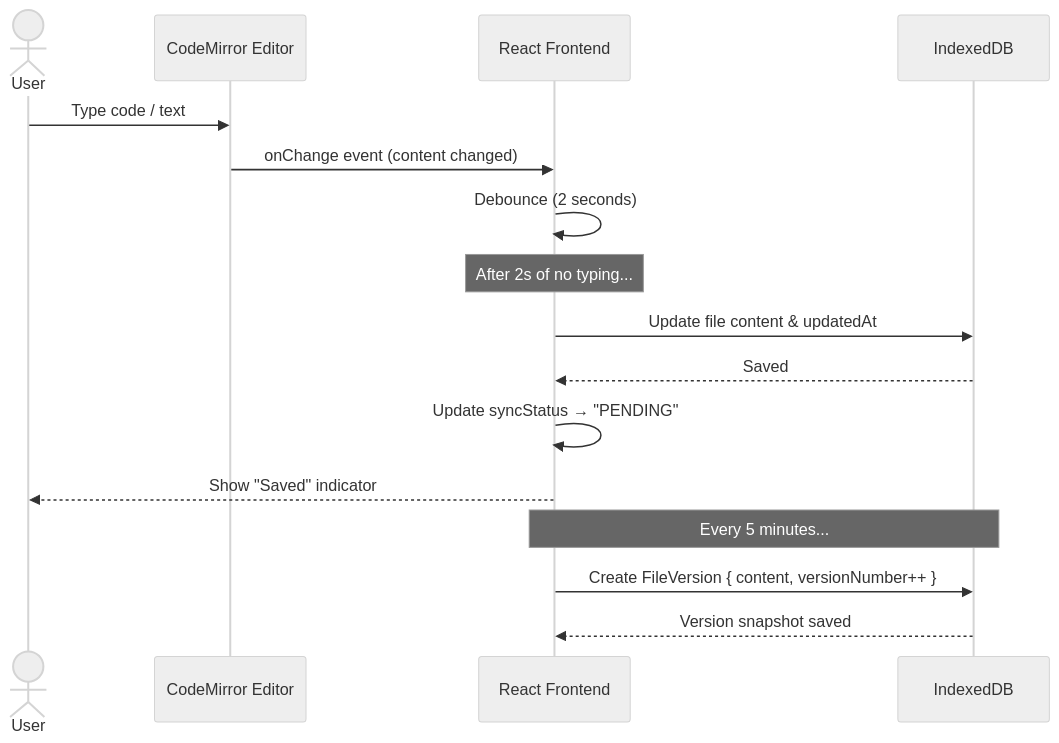
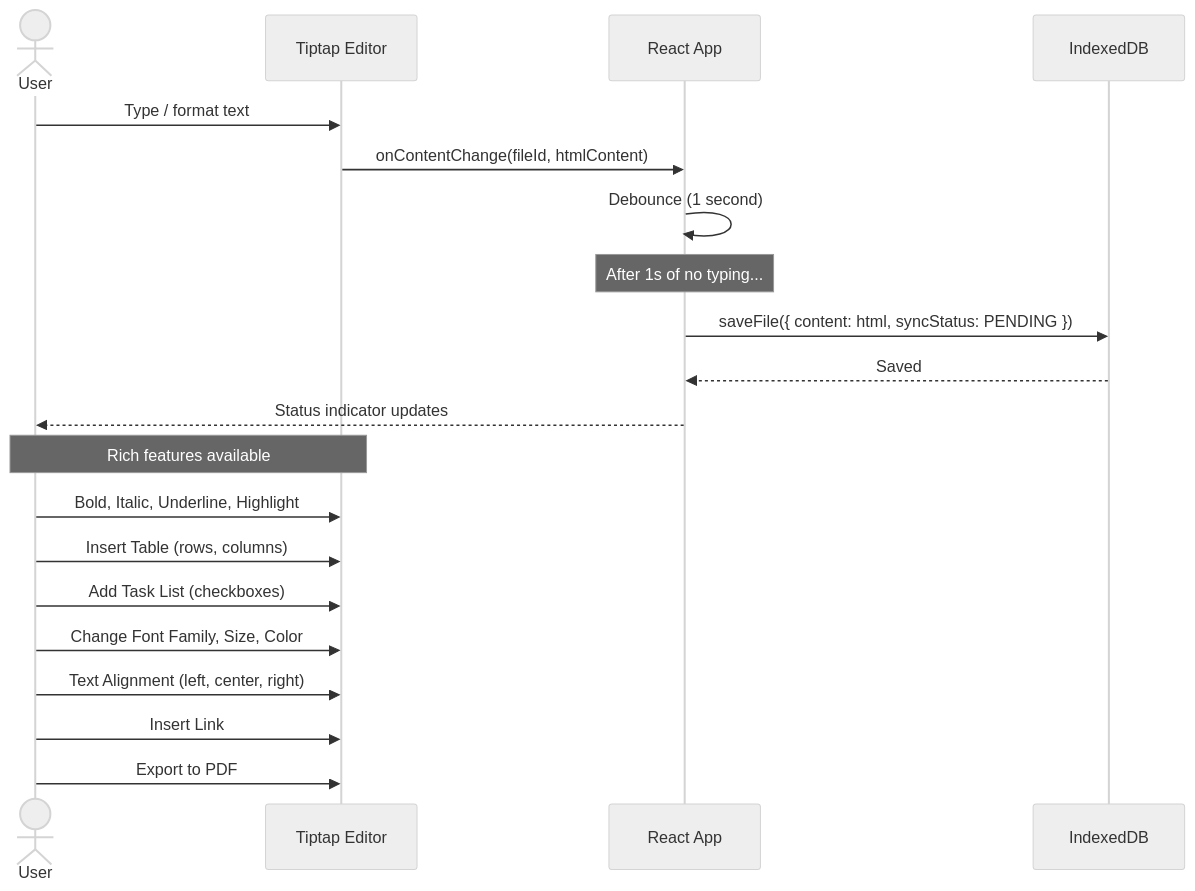
The fifth of 10 diagrams in sequenceDiagram.md (codervipul775/Safar), drawn with Mermaid (neutral theme) before and after one commit. The commit also changed other lines of this file and 3 other files, not shown here.

Commit message:
docs: update sequence diagrams to reflect authentication, file management, and synchronization workflows

````diff
--- a/sequenceDiagram.md
+++ b/sequenceDiagram.md
@@ -88,21 +125,25 @@
 ```mermaid
 sequenceDiagram
     actor User
-    participant Editor as CodeMirror Editor
-    participant UI as React Frontend
+    participant Tiptap as Tiptap Editor
+    participant UI as React App
     participant IDB as IndexedDB
 
-    User->>Editor: Type code / text
-    Editor->>UI: onChange event (content changed)
-    UI->>UI: Debounce (2 seconds)
+    User->>Tiptap: Type / format text
+    Tiptap->>UI: onContentChange(fileId, htmlContent)
+    UI->>UI: Debounce (1 second)
 
-    Note over UI: After 2s of no typing...
-    UI->>IDB: Update file content & updatedAt
+    Note over UI: After 1s of no typing...
+    UI->>IDB: saveFile({ content: html, syncStatus: PENDING })
     IDB-->>UI: Saved
-    UI->>UI: Update syncStatus → "PENDING"
-    UI-->>User: Show "Saved" indicator
+    UI-->>User: Status indicator updates
 
-    Note over UI,IDB: Every 5 minutes...
-    UI->>IDB: Create FileVersion { content, versionNumber++ }
-    IDB-->>UI: Version snapshot saved
+    Note over User,Tiptap: Rich features available
+    User->>Tiptap: Bold, Italic, Underline, Highlight
+    User->>Tiptap: Insert Table (rows, columns)
+    User->>Tiptap: Add Task List (checkboxes)
+    User->>Tiptap: Change Font Family, Size, Color
+    User->>Tiptap: Text Alignment (left, center, right)
+    User->>Tiptap: Insert Link
+    User->>Tiptap: Export to PDF
 ```
````
